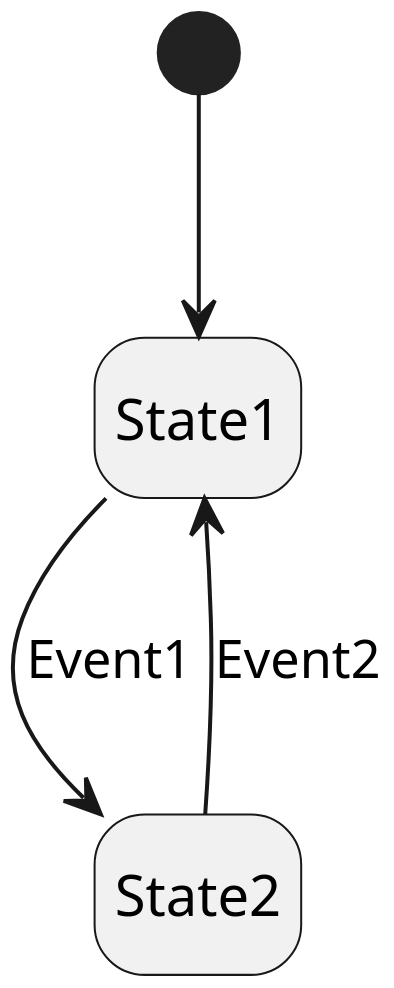
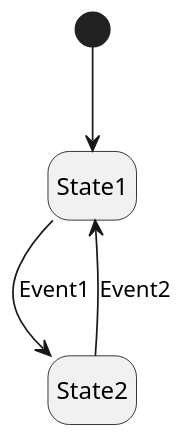
One commit to vocaltech/spring-statemachine changed the diagram in docs/basic-fsm.puml. Above: the diagram before and after it, drawn with PlantUML.

Commit message:
reduce scale to 150

```diff
--- a/docs/basic-fsm.puml
+++ b/docs/basic-fsm.puml
@@ -1,10 +1,10 @@
 @startuml
 'https://plantuml.com/state-diagram
 
-scale 350 width
+scale 150 width
 hide empty description
 [*] --> State1
 
 State1 --> State2: Event1
 State2 --> State1: Event2
 @enduml
```
